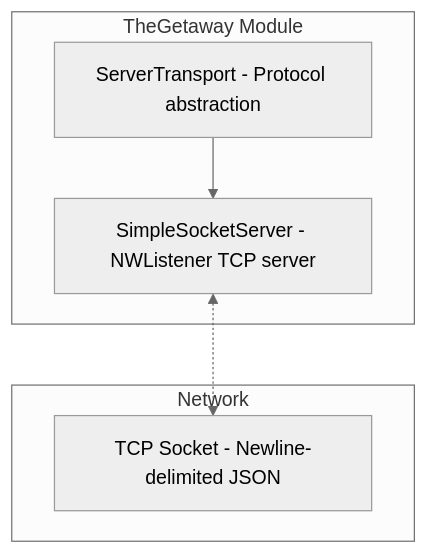
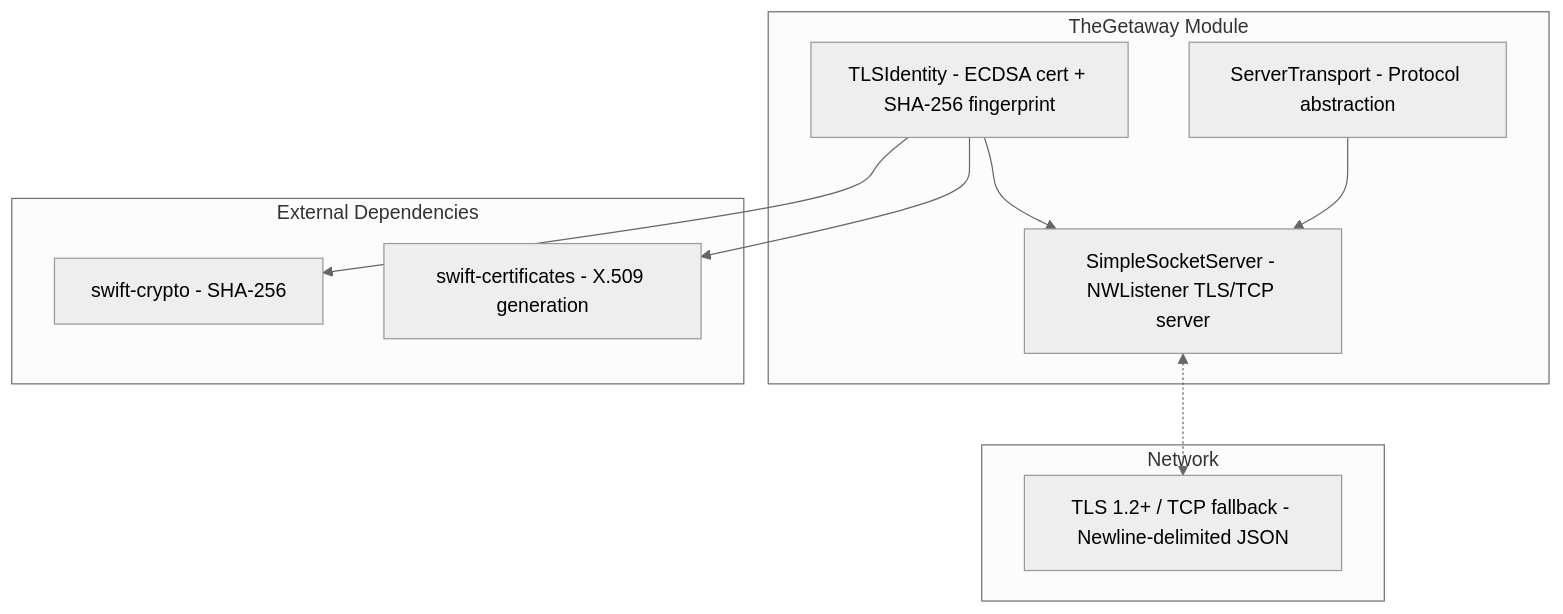
Before and after one commit to RoyalPineapple/TheButtonHeist: the first of 2 diagrams in docs/dossiers/02-THEGETAWAY.md, drawn with Mermaid (neutral theme). The commit also changed other lines of this file and 11 other files, not shown here.

First line of the commit message:
Fix TLS actor isolation, Keychain leak, and SwiftLint violations

````diff
--- a/docs/dossiers/02-THEGETAWAY.md
+++ b/docs/dossiers/02-THEGETAWAY.md
@@ -16,14 +17,23 @@
 ```mermaid
 graph TD
     subgraph TG["TheGetaway Module"]
-        Server["SimpleSocketServer - NWListener TCP server"]
+        Server["SimpleSocketServer - NWListener TLS/TCP server"]
         Transport["ServerTransport - Protocol abstraction"]
+        TLS["TLSIdentity - ECDSA cert + SHA-256 fingerprint"]
     end
 
     subgraph External["Network"]
-        TCP["TCP Socket - Newline-delimited JSON"]
+        Conn["TLS 1.2+ / TCP fallback - Newline-delimited JSON"]
     end
 
-    Server <-.-> TCP
+    subgraph Deps["External Dependencies"]
+        Crypto["swift-crypto - SHA-256"]
+        X509["swift-certificates - X.509 generation"]
+    end
+
+    TLS --> Server
+    Server <-.-> Conn
     Transport --> Server
+    TLS --> Crypto
+    TLS --> X509
 ```
````
